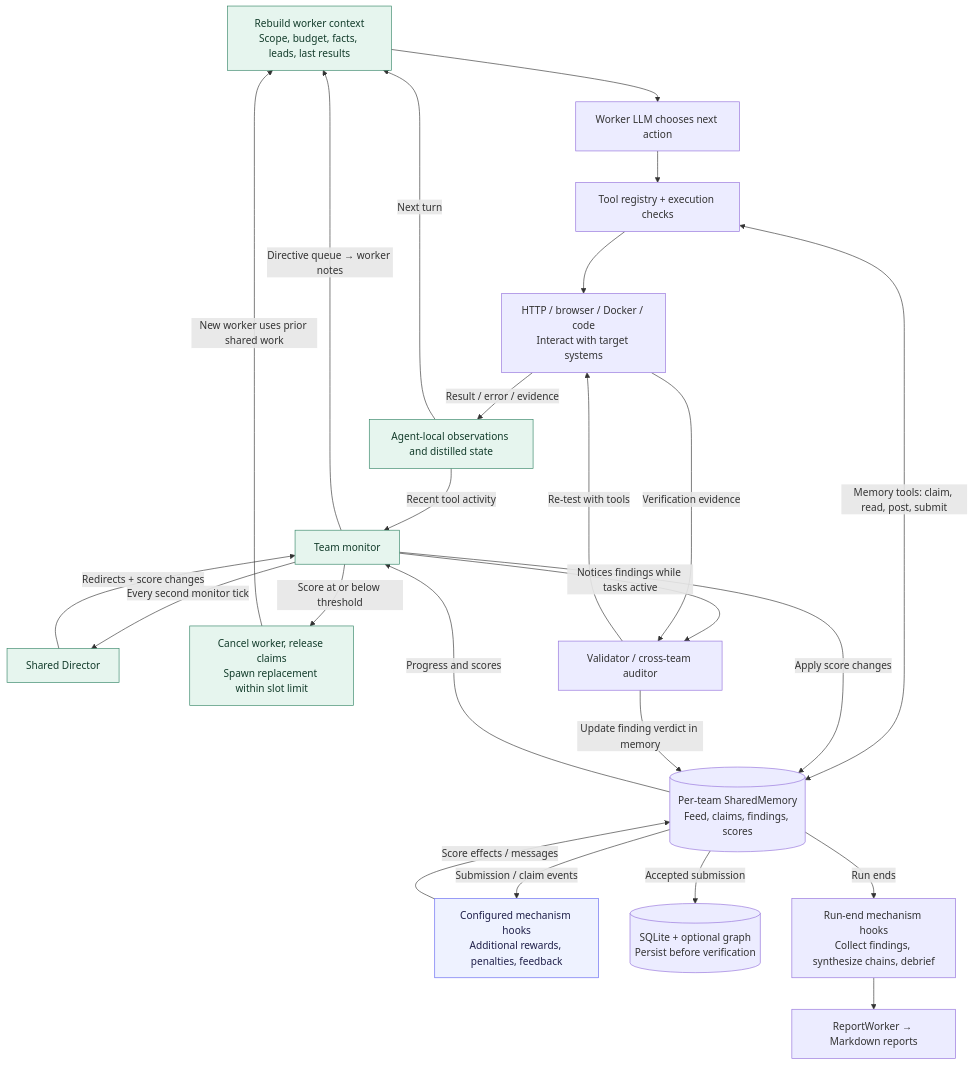
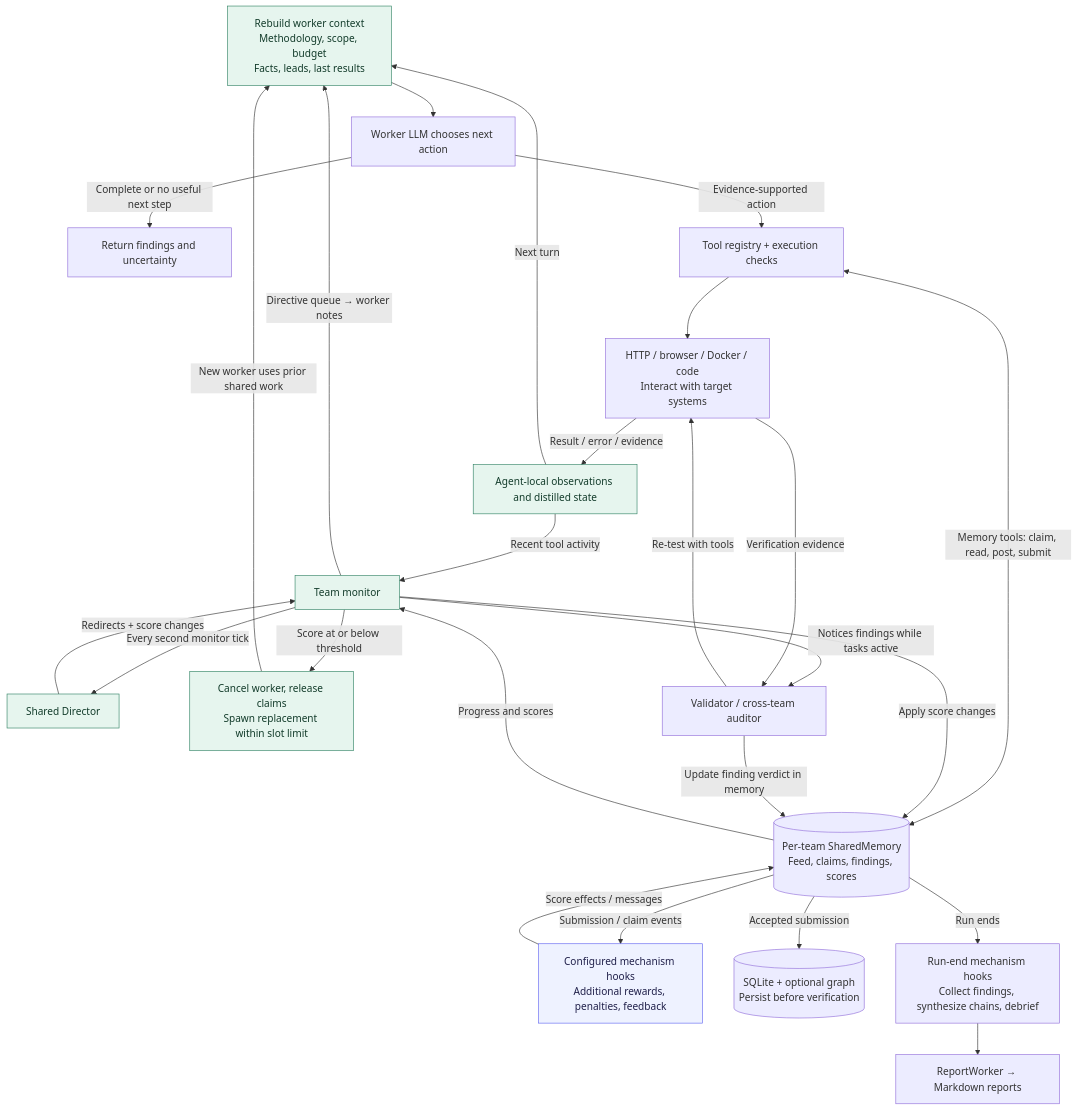
The third of 3 diagrams in docs/architecture.md (tsirolnik/fantasma), drawn with Mermaid before and after one commit. The commit also changed other lines of this file and 7 other files, not shown here.

````diff
--- a/docs/architecture.md
+++ b/docs/architecture.md
@@ -103,34 +103,35 @@
 ```mermaid
 flowchart TB
-    CONTEXT["Rebuild worker context<br/>Scope, budget, facts, leads, last results"] --> LLM["Worker LLM chooses next action"]
-    LLM --> TOOL["Tool registry + execution checks"]
+    CONTEXT["Rebuild worker context<br/>Methodology, scope, budget<br/>Facts, leads, last results"] --> LLM["Worker LLM chooses next action"]
+    LLM -->|"Complete or no useful next step"| DONE["Return findings and uncertainty"]
+    LLM -->|"Evidence-supported action"| TOOL["Tool registry + execution checks"]
     TOOL --> EXEC["HTTP / browser / Docker / code<br/>Interact with target systems"]
     EXEC -->|"Result / error / evidence"| STATE["Agent-local observations and distilled state"]
     STATE -->|"Next turn"| CONTEXT
 
     TOOL <-->|"Memory tools: claim, read, post, submit"| MEMORY[("Per-team SharedMemory<br/>Feed, claims, findings, scores")]
     MEMORY -->|"Submission / claim events"| HOOK["Configured mechanism hooks<br/>Additional rewards, penalties, feedback"]
     HOOK -->|"Score effects / messages"| MEMORY
 
     MEMORY -->|"Progress and scores"| MON["Team monitor"]
     STATE -->|"Recent tool activity"| MON
     MON -->|"Every second monitor tick"| DIR["Shared Director"]
     DIR -->|"Redirects + score changes"| MON
     MON -->|"Directive queue → worker notes"| CONTEXT
     MON -->|"Apply score changes"| MEMORY
     MON -->|"Score at or below threshold"| REPLACE["Cancel worker, release claims<br/>Spawn replacement within slot limit"]
     REPLACE -->|"New worker uses prior shared work"| CONTEXT
 
     MON -->|"Notices findings while tasks active"| VAL["Validator / cross-team auditor"]
     VAL -->|"Re-test with tools"| EXEC
     EXEC -->|"Verification evidence"| VAL
     VAL -->|"Update finding verdict in memory"| MEMORY
 
     MEMORY -->|"Accepted submission"| STORE[("SQLite + optional graph<br/>Persist before verification")]
     MEMORY -->|"Run ends"| END["Run-end mechanism hooks<br/>Collect findings, synthesize chains, debrief"]
     END --> REPORT["ReportWorker → Markdown reports"]
     classDef feedback fill:#e6f5ee,stroke:#338466,color:#133c2b;
     class CONTEXT,STATE,MON,DIR,REPLACE feedback;
     classDef extension fill:#eef2ff,stroke:#6366f1,color:#20204a;
     class HOOK extension;
 ```
````
